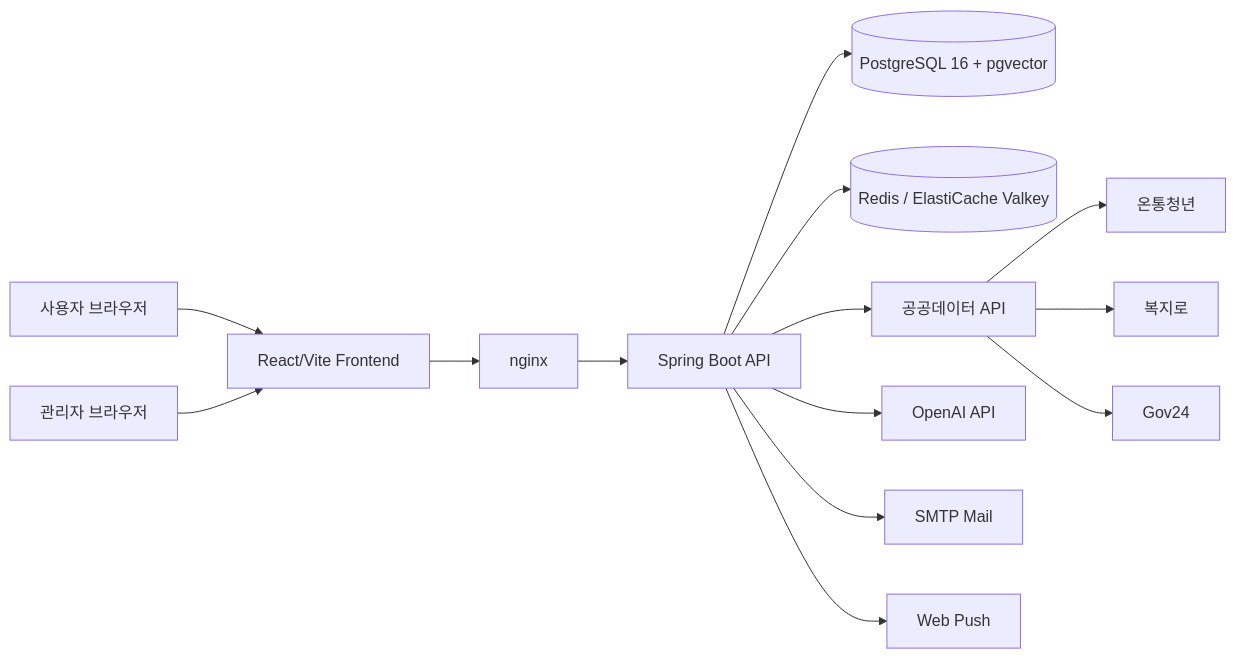
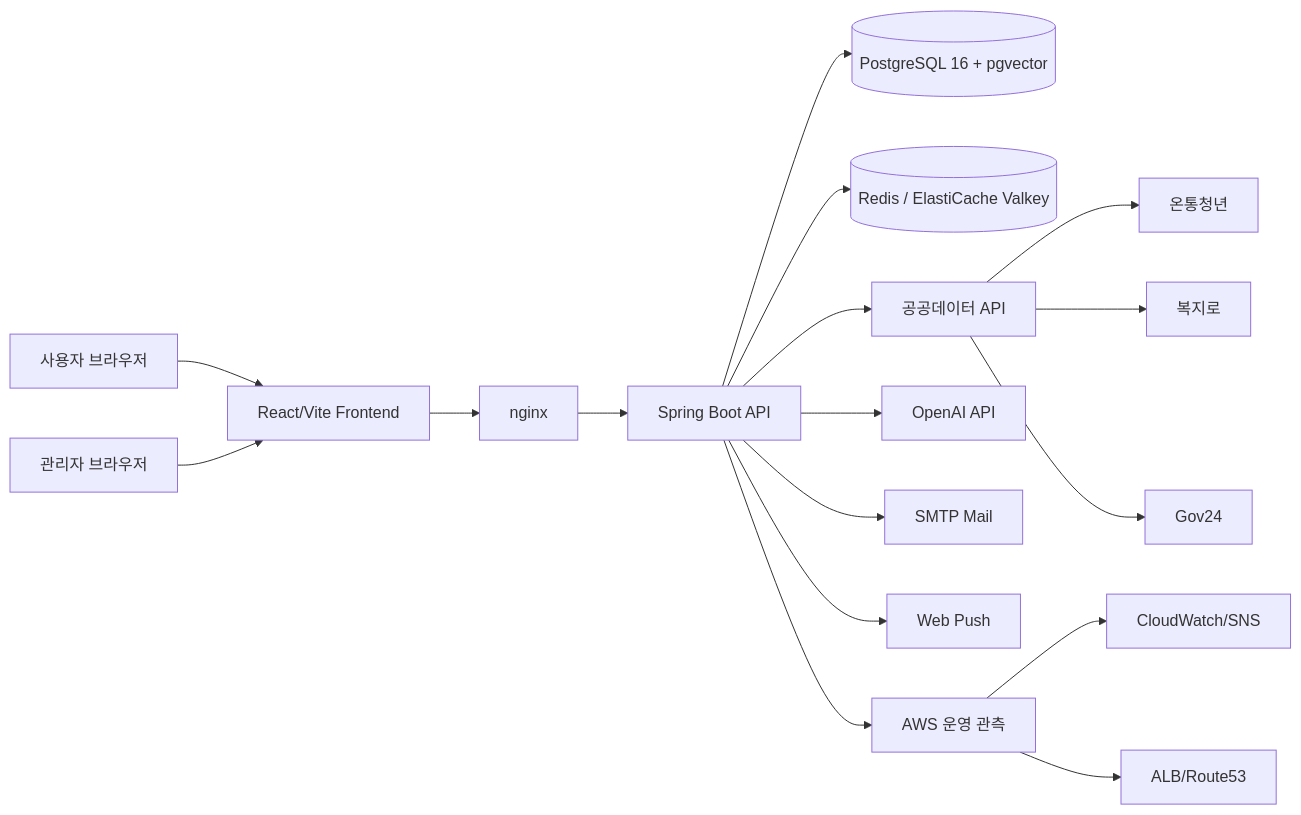
The first of 4 diagrams in docs/final-report-figure-plan.md (minseok02/youth-welfare), drawn with Mermaid before and after one commit. The commit also changed other lines of this file and 3 other files, not shown here.

````diff
--- a/docs/final-report-figure-plan.md
+++ b/docs/final-report-figure-plan.md
@@ -18,17 +19,20 @@
 ```mermaid
 flowchart LR
     U[사용자 브라우저] --> FE[React/Vite Frontend]
     A[관리자 브라우저] --> FE
     FE --> NGINX[nginx]
     NGINX --> API[Spring Boot API]
     API --> DB[(PostgreSQL 16 + pgvector)]
     API --> REDIS[(Redis / ElastiCache Valkey)]
     API --> PUBLIC[공공데이터 API]
     API --> OPENAI[OpenAI API]
     API --> MAIL[SMTP Mail]
     API --> PUSH[Web Push]
+    API --> OPS[AWS 운영 관측]
 
     PUBLIC --> YOUTH[온통청년]
     PUBLIC --> BOKJIRO[복지로]
     PUBLIC --> GOV24[Gov24]
+    OPS --> CW[CloudWatch/SNS]
+    OPS --> ALB[ALB/Route53]
 ```
````
